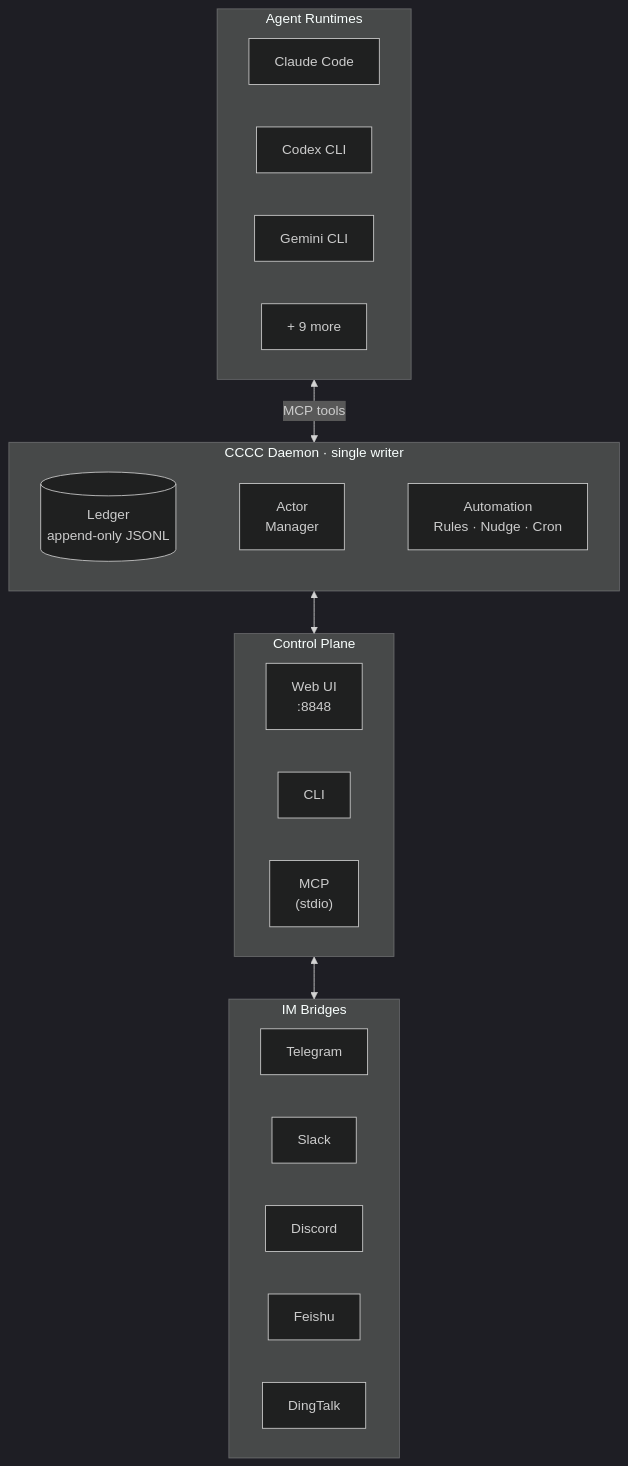
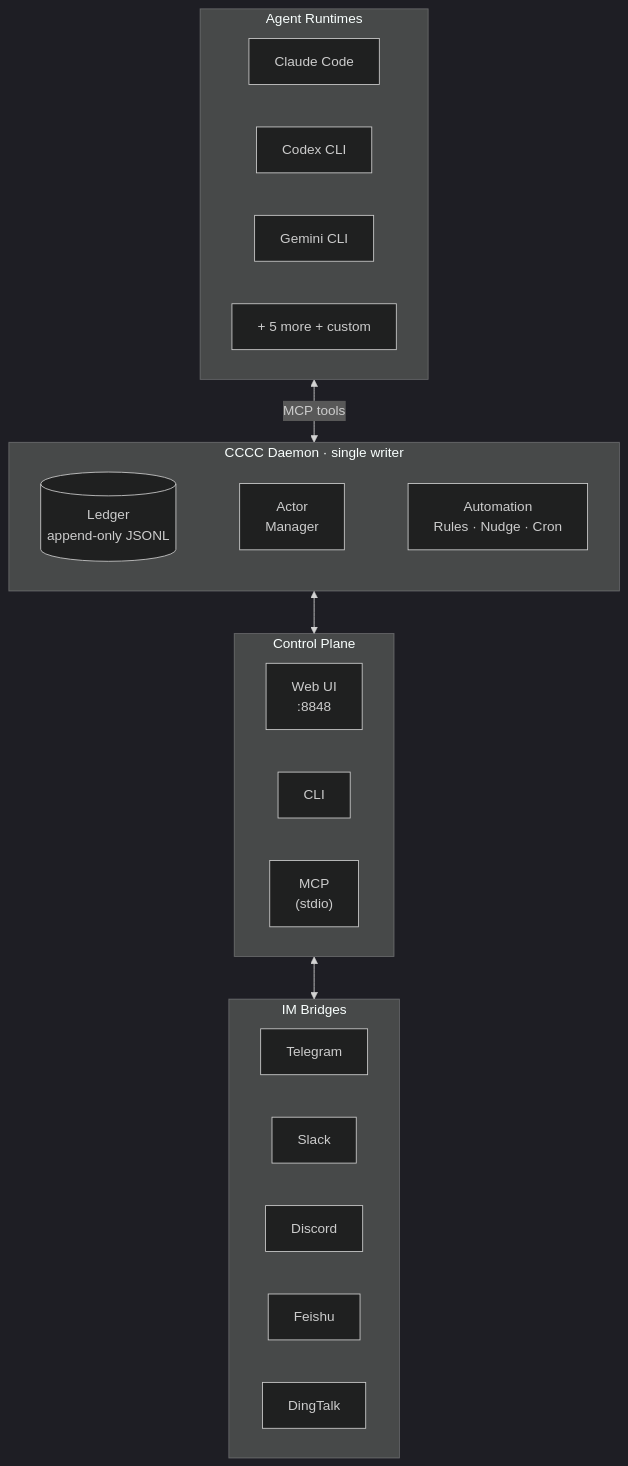
One commit to zixuniaowu/cccc changed the diagram in README.md. Above: the diagram before and after it, drawn with Mermaid (dark theme). The commit also changed other lines of this file and 43 other files, not shown here.

Commit message:
refine context flows and prompt guidance surfaces

````diff
--- a/README.md
+++ b/README.md
@@ -131,39 +131,39 @@
 ```mermaid
 graph TB
     subgraph Agents["Agent Runtimes"]
         direction LR
         A1["Claude Code"]
         A2["Codex CLI"]
         A3["Gemini CLI"]
-        A4["+ 9 more"]
+        A4["+ 5 more + custom"]
     end
 
     subgraph Daemon["CCCC Daemon · single writer"]
         direction LR
         Ledger[("Ledger<br/>append-only JSONL")]
         ActorMgr["Actor<br/>Manager"]
         Auto["Automation<br/>Rules · Nudge · Cron"]
         Ledger ~~~ ActorMgr ~~~ Auto
     end
 
     subgraph Ports["Control Plane"]
         direction LR
         Web["Web UI<br/>:8848"]
         CLI["CLI"]
         MCP["MCP<br/>(stdio)"]
     end
 
     subgraph IM["IM Bridges"]
         direction LR
         TG["Telegram"]
         SL["Slack"]
         DC["Discord"]
         FS["Feishu"]
         DT["DingTalk"]
     end
 
     Agents <-->|MCP tools| Daemon
     Daemon <--> Ports
     Web <--> IM
 
 ```
````
